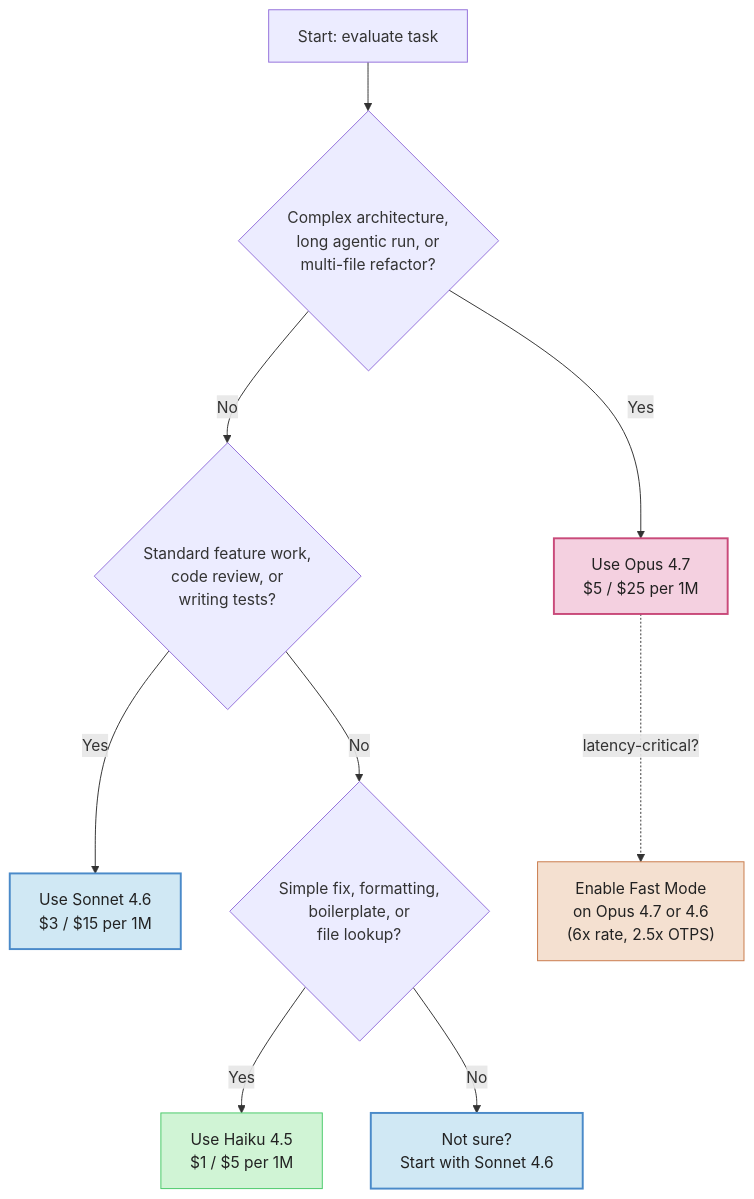
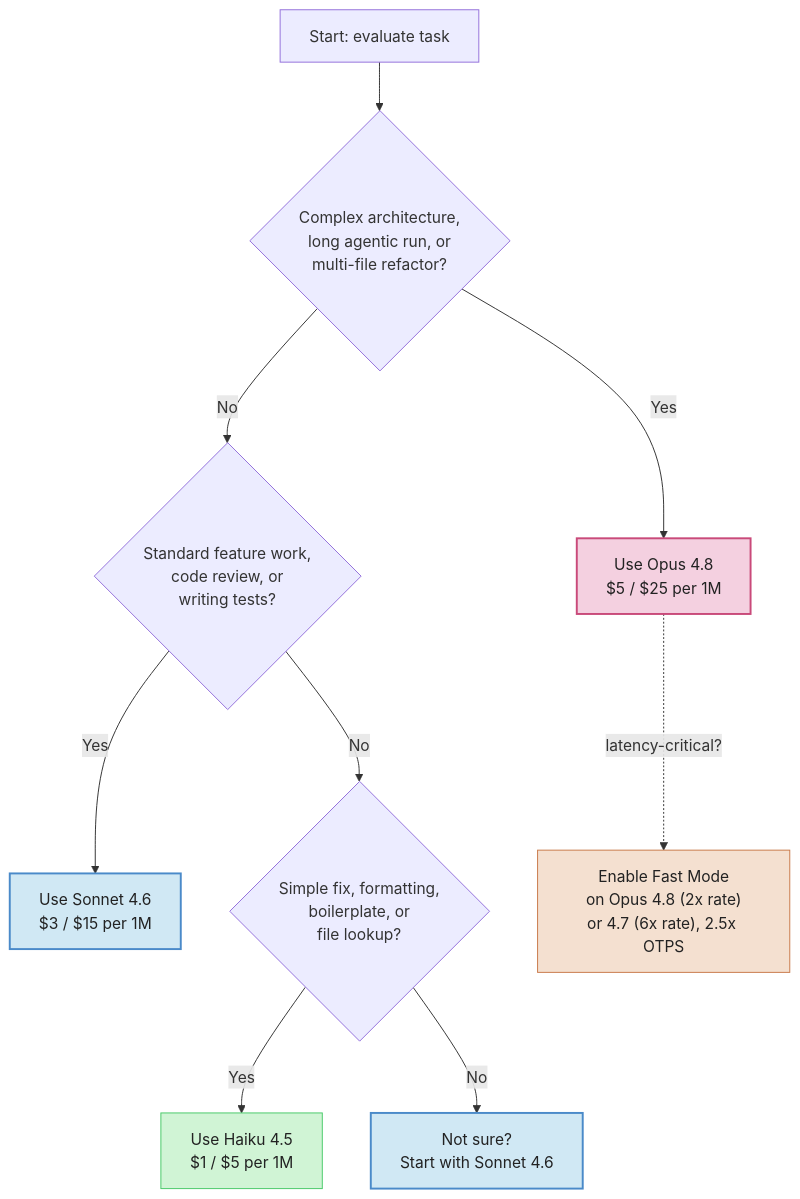
The second of 5 diagrams in guides/diagrams.md (Sagargupta16/claude-cost-optimizer), drawn with Mermaid before and after one commit. The commit also changed other lines of this file and 40 other files, not shown here.

````diff
--- a/guides/diagrams.md
+++ b/guides/diagrams.md
@@ -69,22 +71,22 @@
 ```mermaid
 flowchart TD
     A[Start: evaluate task] --> B{"Complex architecture,<br/>long agentic run, or<br/>multi-file refactor?"}
-    B -- Yes --> C["Use Opus 4.7<br/>$5 / $25 per 1M"]
+    B -- Yes --> C["Use Opus 4.8<br/>$5 / $25 per 1M"]
     B -- No --> D{"Standard feature work,<br/>code review, or<br/>writing tests?"}
     D -- Yes --> E["Use Sonnet 4.6<br/>$3 / $15 per 1M"]
     D -- No --> F{"Simple fix, formatting,<br/>boilerplate, or<br/>file lookup?"}
     F -- Yes --> G["Use Haiku 4.5<br/>$1 / $5 per 1M"]
     F -- No --> H["Not sure?<br/>Start with Sonnet 4.6"]
 
-    C -. "latency-critical?" .-> C2["Enable Fast Mode<br/>on Opus 4.7 or 4.6<br/>(6x rate, 2.5x OTPS)"]
+    C -. "latency-critical?" .-> C2["Enable Fast Mode<br/>on Opus 4.8 (2x rate)<br/>or 4.7 (6x rate), 2.5x OTPS"]
 
     classDef flagship fill:#f4d0e0,stroke:#c94a7a,stroke-width:2px,color:#222
     classDef fast fill:#f4e0d0,stroke:#c97a4a,color:#222
     classDef mid fill:#d0e8f4,stroke:#4a8ac9,stroke-width:2px,color:#222
     classDef low fill:#d0f4d5,stroke:#4ac96a,color:#222
 
     class C flagship
     class C2 fast
     class E,H mid
     class G low
 ```
````
